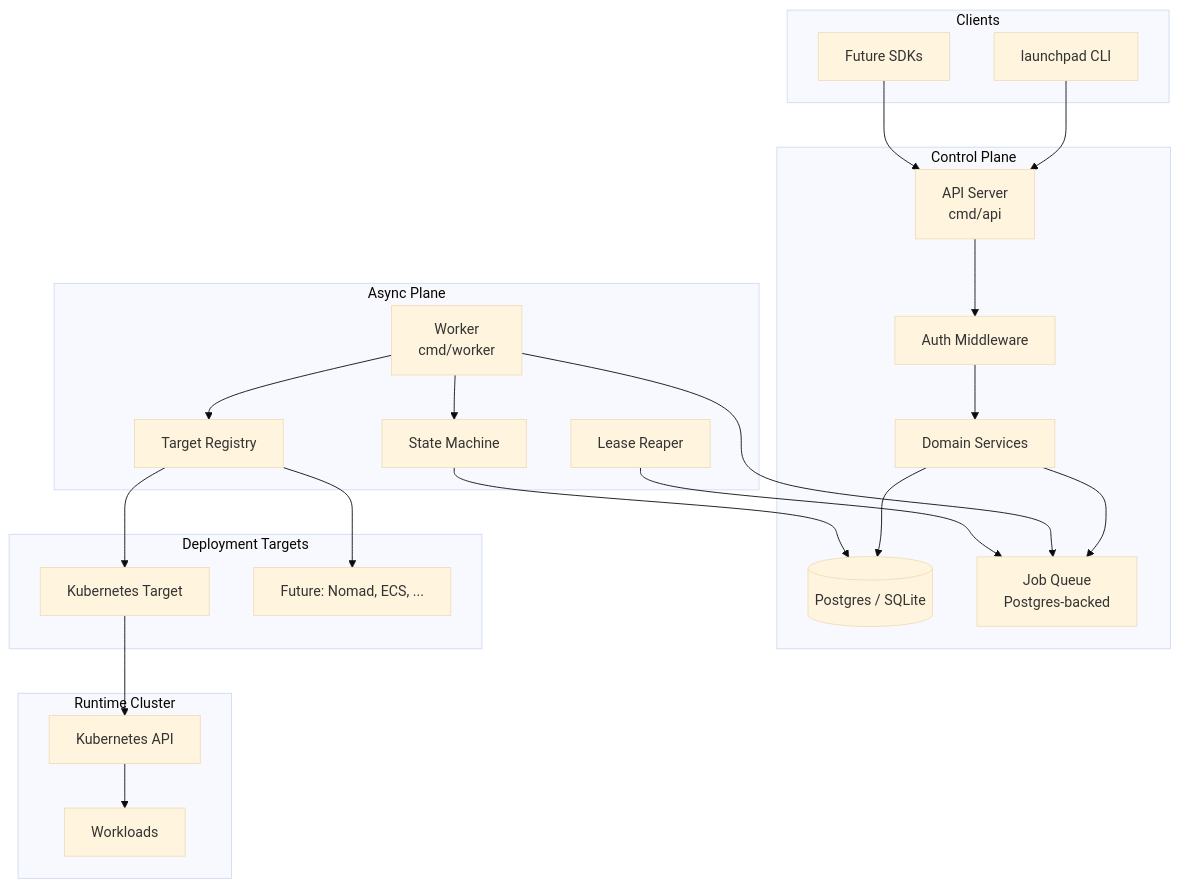
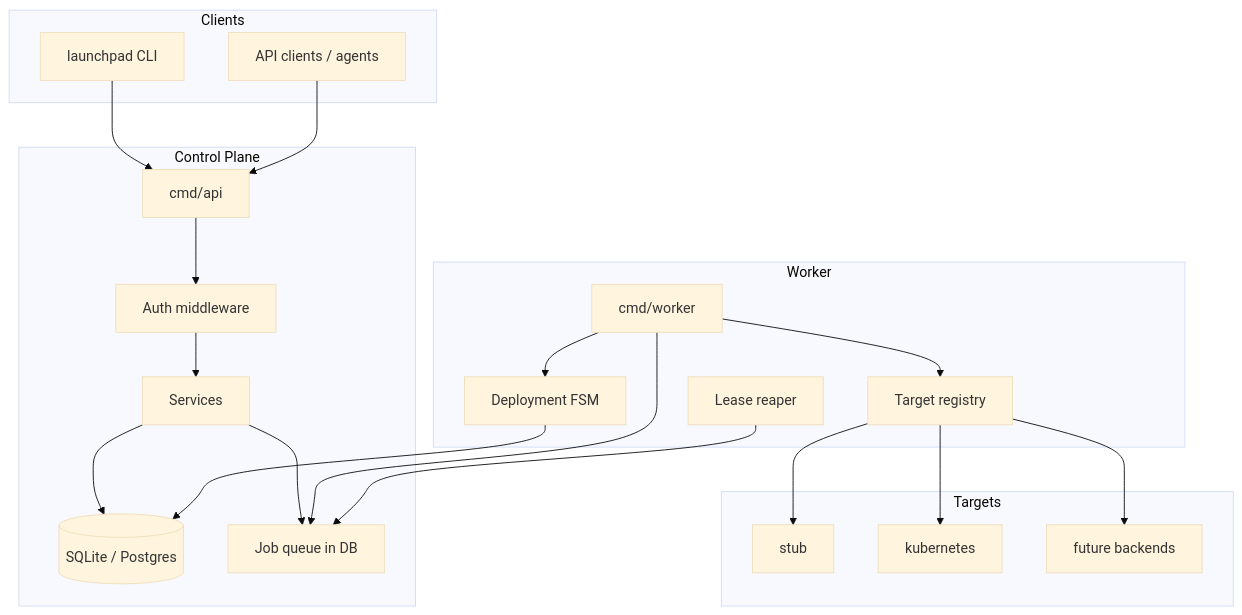
The diagram in docs/DESIGN.md (roydq/launchpad), drawn with Mermaid (base theme) before and after one commit. The commit also changed other lines of this file and 5 other files, not shown here.

First line of the commit message:
docs: rewrite DESIGN.md and sync docs with current architecture

````diff
--- a/docs/DESIGN.md
+++ b/docs/DESIGN.md
@@ -83,44 +35,40 @@
 ```mermaid
 flowchart TB
     subgraph clients [Clients]
         CLI[launchpad CLI]
-        SDK[Future SDKs]
+        API_CLIENT[API clients / agents]
     end
 
     subgraph control [Control Plane]
-        API[API Server<br/>cmd/api]
-        AUTH[Auth Middleware]
-        SVC[Domain Services]
-        STORE[(Postgres / SQLite)]
-        Q[Job Queue<br/>Postgres-backed]
+        API[cmd/api]
+        AUTH[Auth middleware]
+        SVC[Services]
+        STORE[(SQLite / Postgres)]
+        Q[Job queue in DB]
     end
 
-    subgraph async [Async Plane]
-        WORKER[Worker<br/>cmd/worker]
-        REAPER[Lease Reaper]
-        SM[State Machine]
-        REG[Target Registry]
+    subgraph async [Worker]
+        WORKER[cmd/worker]
+        REAPER[Lease reaper]
+        FSM[Deployment FSM]
+        REG[Target registry]
     end
 
-    subgraph targets [Deployment Targets]
-        K8S[Kubernetes Target]
-        FUTURE[Future: Nomad, ECS, ...]
-    end
-
-    subgraph runtime [Runtime Cluster]
-        K8SAPI[Kubernetes API]
-        PODS[Workloads]
+    subgraph targets [Targets]
+        STUB[stub]
+        K8S[kubernetes]
+        FUTURE[future backends]
     end
 
     CLI --> API
-    SDK --> API
+    API_CLIENT --> API
     API --> AUTH --> SVC --> STORE
     SVC --> Q
     WORKER --> Q
     REAPER --> Q
-    WORKER --> SM --> STORE
+    WORKER --> FSM --> STORE
     WORKER --> REG
+    REG --> STUB
     REG --> K8S
     REG --> FUTURE
-    K8S --> K8SAPI --> PODS
 ```
````
